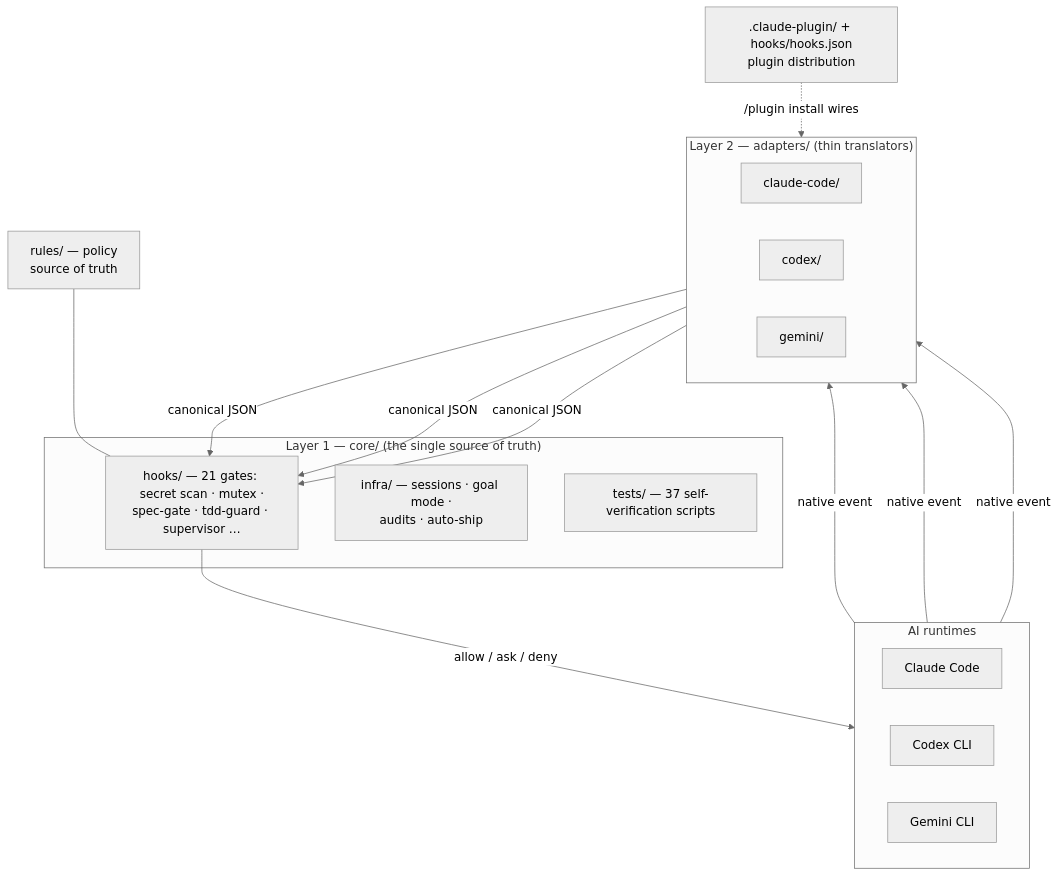
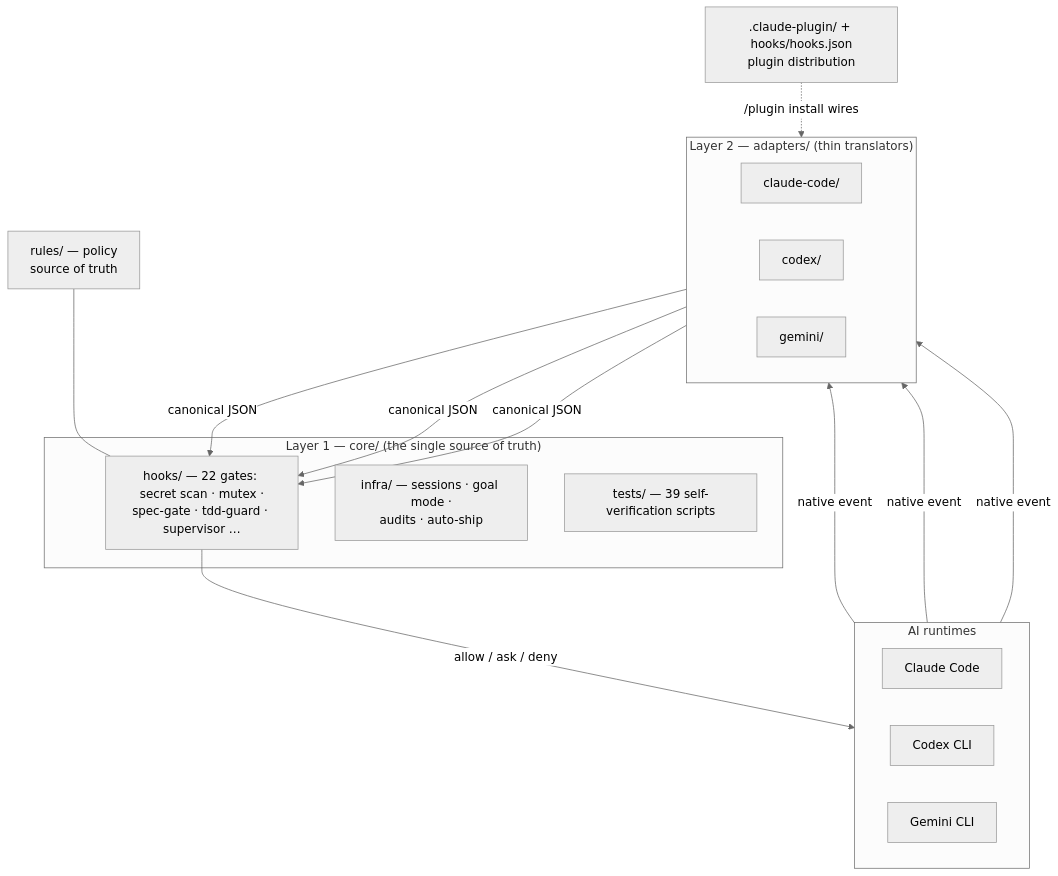
Before and after one commit to joymin5655/Agent: the second of 5 diagrams in README.md, drawn with Mermaid (neutral theme). The commit also changed other lines of this file and 15 other files, not shown here.

````diff
--- a/README.md
+++ b/README.md
@@ -189,32 +189,32 @@
 ```mermaid
 flowchart TB
     subgraph RT["AI runtimes"]
         direction LR
         CC["Claude Code"]
         CX["Codex CLI"]
         GM["Gemini CLI"]
     end
     subgraph AD["Layer 2 — adapters/ (thin translators)"]
         direction LR
         A1["claude-code/"]
         A2["codex/"]
         A3["gemini/"]
     end
     subgraph CORE["Layer 1 — core/ (the single source of truth)"]
-        H["hooks/ — 21 gates: secret scan · mutex ·<br/>spec-gate · tdd-guard · supervisor …"]
+        H["hooks/ — 22 gates: secret scan · mutex ·<br/>spec-gate · tdd-guard · supervisor …"]
         I["infra/ — sessions · goal mode ·<br/>audits · auto-ship"]
-        T["tests/ — 37 self-verification scripts"]
+        T["tests/ — 39 self-verification scripts"]
     end
     R["rules/ — policy<br/>source of truth"]
     PLUG[".claude-plugin/ + hooks/hooks.json<br/>plugin distribution"]
 
     CC -->|native event| A1
     CX -->|native event| A2
     GM -->|native event| A3
     A1 -->|canonical JSON| H
     A2 -->|canonical JSON| H
     A3 -->|canonical JSON| H
     H -->|"allow / ask / deny"| RT
     R --- H
     PLUG -. "/plugin install wires" .-> A1
 ```
````
